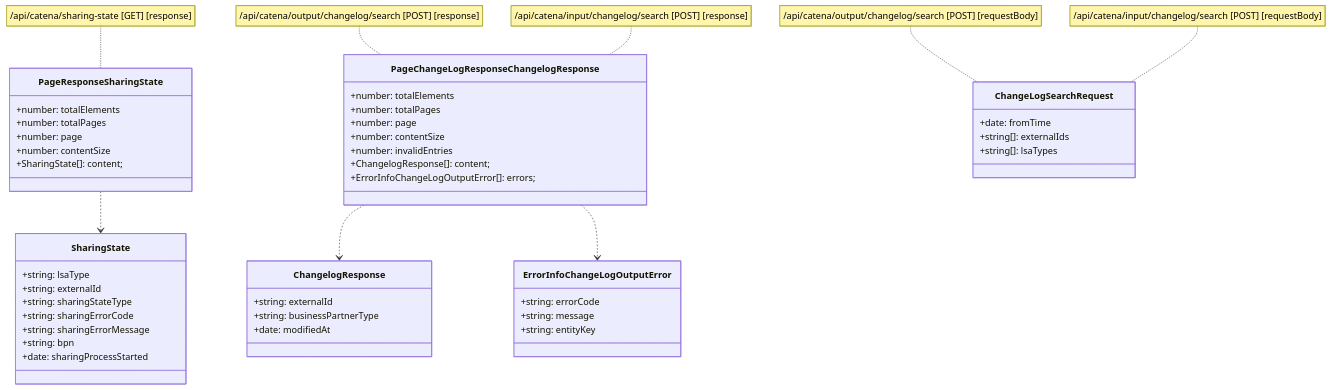
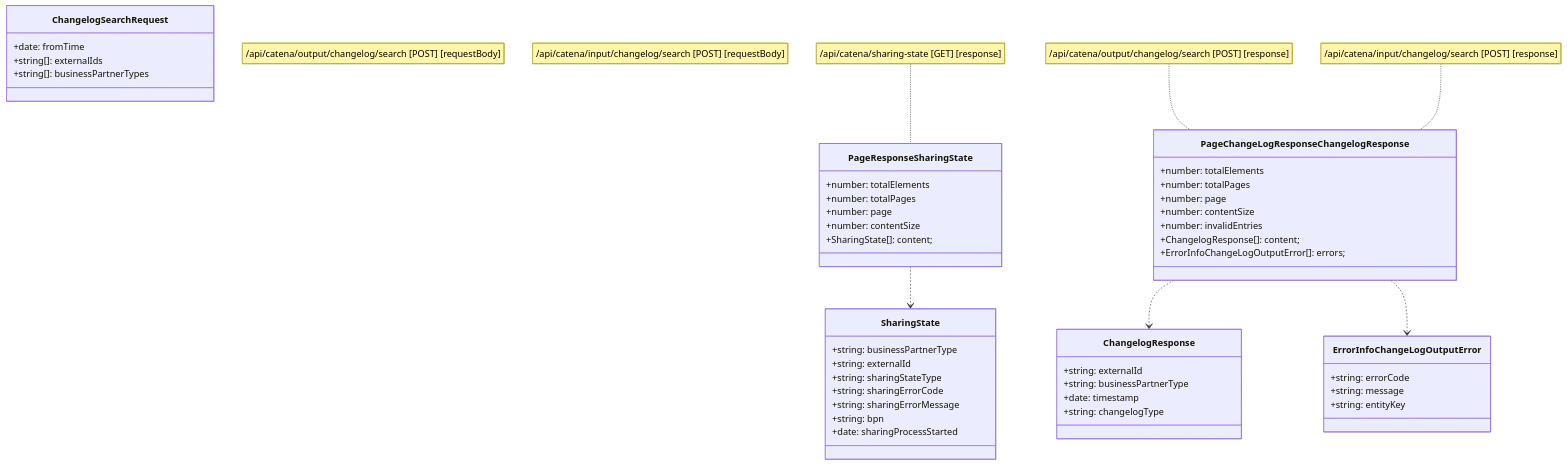
Before and after one commit to eclipse-tractusx/bpdm: the diagram in docs/model/api/gate/DeprecatedModels/gate-sharing-changelog.md, drawn with Mermaid. The commit also changed 14 other files, not shown here.

````diff
--- a/docs/model/api/gate/DeprecatedModels/gate-sharing-changelog.md
+++ b/docs/model/api/gate/DeprecatedModels/gate-sharing-changelog.md
@@ -1,56 +1,57 @@
 ```mermaid
 classDiagram
 
 PageChangeLogResponseChangelogResponse ..> ChangelogResponse
 PageChangeLogResponseChangelogResponse ..> ErrorInfoChangeLogOutputError
 PageResponseSharingState ..> SharingState
 
     note for ChangeLogSearchRequest "/api/catena/output/changelog/search [POST] [requestBody]"
     note for ChangeLogSearchRequest "/api/catena/input/changelog/search [POST] [requestBody]"
 
     note for PageResponseSharingState "/api/catena/sharing-state [GET] [response]"
 
     note for PageChangeLogResponseChangelogResponse  "/api/catena/output/changelog/search [POST] [response]"
     note for PageChangeLogResponseChangelogResponse "/api/catena/input/changelog/search [POST] [response]"
 
-class ChangeLogSearchRequest{
+class ChangelogSearchRequest{
 +date: fromTime
 +string[]: externalIds
-+string[]: lsaTypes
++string[]: businessPartnerTypes
 }
 class ChangelogResponse{
 +string: externalId
 +string: businessPartnerType
-+date: modifiedAt
++date: timestamp
++string: changelogType 
 }
 class ErrorInfoChangeLogOutputError{
 +string: errorCode
 +string: message
 +string: entityKey
 }
 class PageChangeLogResponseChangelogResponse{
 +number: totalElements
 +number: totalPages
 +number: page
 +number: contentSize
 +number: invalidEntries
 +ChangelogResponse[]: content;
 +ErrorInfoChangeLogOutputError[]: errors;
 }
 class SharingState{
-+string: lsaType
++string: businessPartnerType
 +string: externalId
 +string: sharingStateType
 +string: sharingErrorCode
 +string: sharingErrorMessage
 +string: bpn
 +date: sharingProcessStarted
 }
 class PageResponseSharingState{
 +number: totalElements
 +number: totalPages
 +number: page
 +number: contentSize
 +SharingState[]: content;
 }
 ```
````
